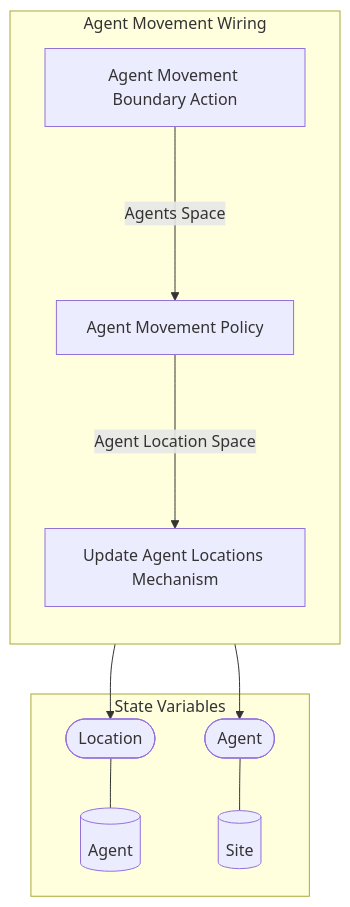
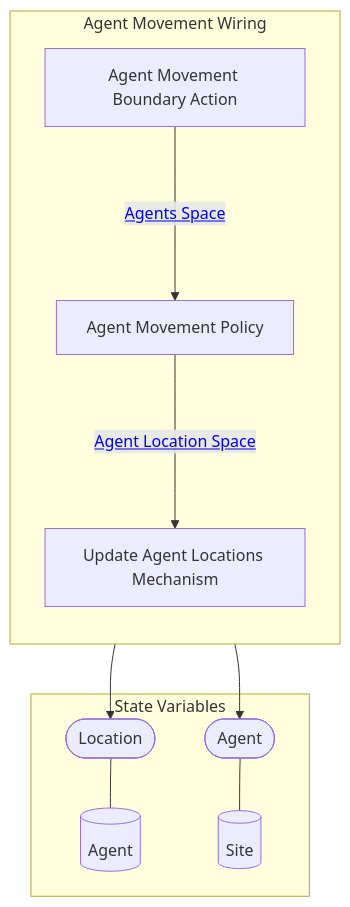
One commit to BlockScience/Predator-Prey-MSML changed the second of 2 diagrams in reports/obsidian/Wiring/Agent Movement Wiring.md. Above: the diagram before and after it, drawn with Mermaid. The commit also changed other lines of this file and 48 other files, not shown here.

````diff
--- a/reports/obsidian/Wiring/Agent Movement Wiring.md
+++ b/reports/obsidian/Wiring/Agent Movement Wiring.md
@@ -36,29 +36,29 @@
 ```mermaid
 graph TB
 
 subgraph SVS["State Variables"]
 EE0[("Agent")]
 EE1[("Site")]
 EES0(["Location"])
 EES0 --- EE0
 EES1(["Agent"])
 EES1 --- EE1
 end
 
 subgraph X4["Agent Movement Wiring"]
 direction TB
 X1["Agent Movement Boundary Action"]
 X2["Agent Movement Policy"]
 X3["Update Agent Locations Mechanism"]
 X3 --> EES1
 X3 --> EES0
-X1--"Agents Space"--->X2
-X2--"Agent Location Space"--->X3
+X1--"<a href='Agents Space' class=internal-link>Agents Space</a>"--->X2
+X2--"<a href='Agent Location Space' class=internal-link>Agent Location Space</a>"--->X3
 end
 class X1 internal-link;
 class X2 internal-link;
 class X3 internal-link;
 class EE0 internal-link;
 class EE1 internal-link;
 
 ```
````
